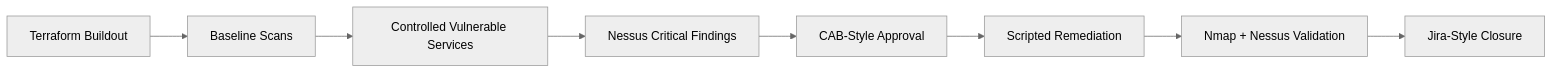
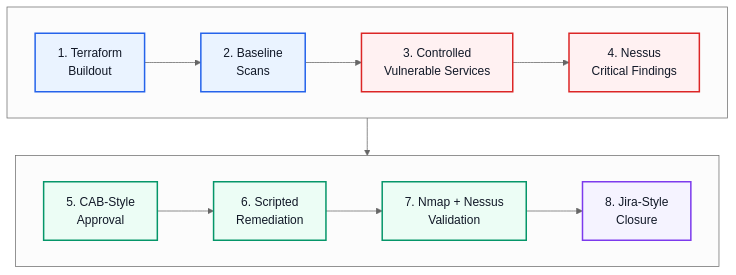
Before and after one commit to techgneek/ai-assisted-azure-iac-remediation-case-study: the first of 4 diagrams in README.md, drawn with Mermaid (neutral theme).

Commit message:
Improve visual case study snapshot

````diff
--- a/README.md
+++ b/README.md
@@ -47,10 +47,28 @@
 ```mermaid
-flowchart LR
-    A[Terraform Buildout] --> B[Baseline Scans]
-    B --> C[Controlled Vulnerable Services]
-    C --> D[Nessus Critical Findings]
-    D --> E[CAB-Style Approval]
-    E --> F[Scripted Remediation]
-    F --> G[Nmap + Nessus Validation]
-    G --> H[Jira-Style Closure]
+flowchart TB
+    subgraph Row1[" "]
+        direction LR
+        A["1. Terraform<br/>Buildout"] --> B["2. Baseline<br/>Scans"]
+        B --> C["3. Controlled<br/>Vulnerable Services"]
+        C --> D["4. Nessus<br/>Critical Findings"]
+    end
+
+    subgraph Row2[" "]
+        direction LR
+        E["5. CAB-Style<br/>Approval"] --> F["6. Scripted<br/>Remediation"]
+        F --> G["7. Nmap + Nessus<br/>Validation"]
+        G --> H["8. Jira-Style<br/>Closure"]
+    end
+
+    D --> E
+
+    classDef build fill:#EAF3FF,stroke:#2563EB,stroke-width:2px,color:#111827;
+    classDef risk fill:#FFF1F2,stroke:#DC2626,stroke-width:2px,color:#111827;
+    classDef action fill:#ECFDF5,stroke:#059669,stroke-width:2px,color:#111827;
+    classDef close fill:#F5F3FF,stroke:#7C3AED,stroke-width:2px,color:#111827;
+
+    class A,B build;
+    class C,D risk;
+    class E,F,G action;
+    class H close;
 ```
````
